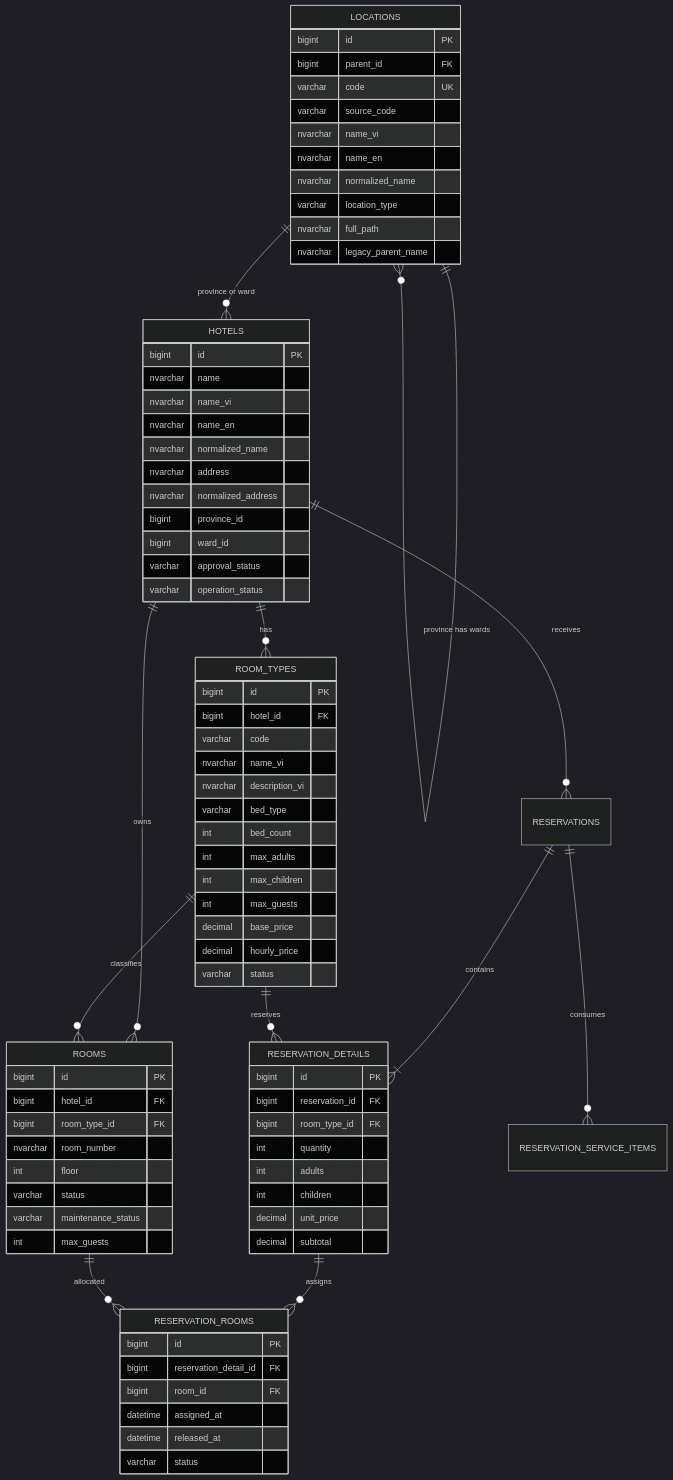
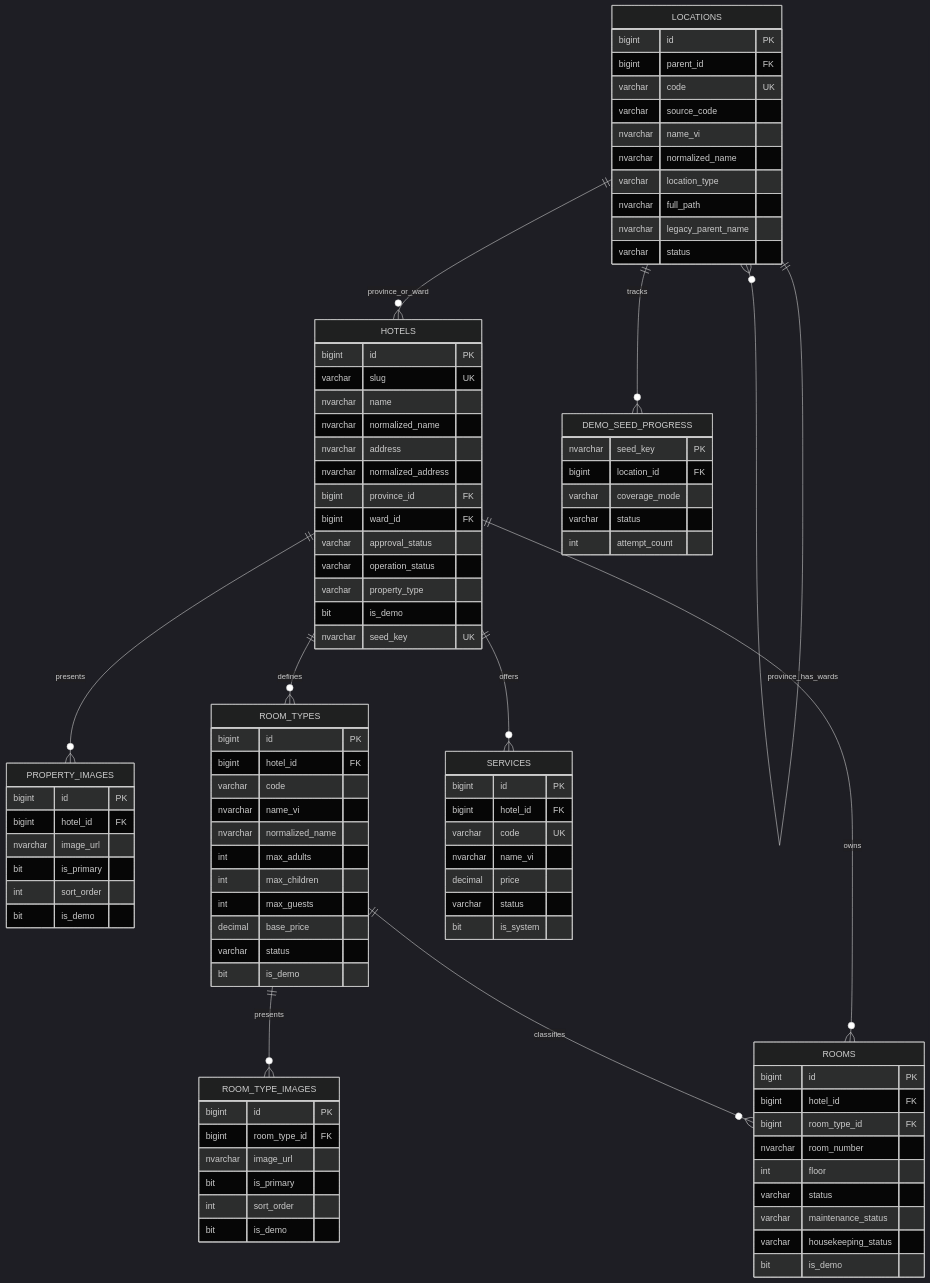
The second of 8 diagrams in docs/ERD.md (GinNgo/He-thong-quan-ly-khach-san), drawn with Mermaid (dark theme) before and after one commit. The commit also changed other lines of this file and 335 other files, not shown here.

Commit message:
docs: update documentation, architecture reports and specs

````diff
--- a/docs/ERD.md
+++ b/docs/ERD.md
@@ -329,56 +138,60 @@
 ```mermaid
 erDiagram
-    LOCATIONS ||--o{ LOCATIONS : "province has wards"
-    LOCATIONS ||--o{ HOTELS : "province or ward"
-    HOTELS ||--o{ ROOM_TYPES : has
-    HOTELS ||--o{ ROOMS : owns
-    ROOM_TYPES ||--o{ ROOMS : classifies
-    HOTELS ||--o{ RESERVATIONS : receives
-    RESERVATIONS ||--|{ RESERVATION_DETAILS : contains
-    ROOM_TYPES ||--o{ RESERVATION_DETAILS : reserves
-    RESERVATION_DETAILS ||--o{ RESERVATION_ROOMS : assigns
-    ROOMS ||--o{ RESERVATION_ROOMS : allocated
-    RESERVATIONS ||--o{ RESERVATION_SERVICE_ITEMS : consumes
-
     LOCATIONS {
         bigint id PK
         bigint parent_id FK
         varchar code UK
         varchar source_code
         nvarchar name_vi
-        nvarchar name_en
         nvarchar normalized_name
         varchar location_type
         nvarchar full_path
         nvarchar legacy_parent_name
+        varchar status
     }
     HOTELS {
         bigint id PK
+        varchar slug UK
         nvarchar name
-        nvarchar name_vi
-        nvarchar name_en
         nvarchar normalized_name
         nvarchar address
         nvarchar normalized_address
-        bigint province_id
-        bigint ward_id
+        bigint province_id FK
+        bigint ward_id FK
         varchar approval_status
         varchar operation_status
+        varchar property_type
+        bit is_demo
+        nvarchar seed_key UK
+    }
+    PROPERTY_IMAGES {
+        bigint id PK
+        bigint hotel_id FK
+        nvarchar image_url
+        bit is_primary
+        int sort_order
+        bit is_demo
     }
     ROOM_TYPES {
         bigint id PK
         bigint hotel_id FK
         varchar code
         nvarchar name_vi
-        nvarchar description_vi
-        varchar bed_type
-        int bed_count
+        nvarchar normalized_name
         int max_adults
         int max_children
         int max_guests
         decimal base_price
-        decimal hourly_price
         varchar status
+        bit is_demo
+    }
+    ROOM_TYPE_IMAGES {
+        bigint id PK
+        bigint room_type_id FK
+        nvarchar image_url
+        bit is_primary
+        int sort_order
+        bit is_demo
     }
     ROOMS {
         bigint id PK
@@ -388,24 +201,33 @@
         int floor
         varchar status
         varchar maintenance_status
-        int max_guests
+        varchar housekeeping_status
+        bit is_demo
     }
-    RESERVATION_DETAILS {
+    SERVICES {
         bigint id PK
-        bigint reservation_id FK
-        bigint room_type_id FK
-        int quantity
-        int adults
-        int children
-        decimal unit_price
-        decimal subtotal
+        bigint hotel_id FK
+        varchar code UK
+        nvarchar name_vi
+        decimal price
+        varchar status
+        bit is_system
     }
-    RESERVATION_ROOMS {
-        bigint id PK
-        bigint reservation_detail_id FK
-        bigint room_id FK
-        datetime assigned_at
-        datetime released_at
+    DEMO_SEED_PROGRESS {
+        nvarchar seed_key PK
+        bigint location_id FK
+        varchar coverage_mode
         varchar status
+        int attempt_count
     }
+
+    LOCATIONS ||--o{ LOCATIONS : province_has_wards
+    LOCATIONS ||--o{ HOTELS : province_or_ward
+    HOTELS ||--o{ PROPERTY_IMAGES : presents
+    HOTELS ||--o{ ROOM_TYPES : defines
+    HOTELS ||--o{ ROOMS : owns
+    ROOM_TYPES ||--o{ ROOM_TYPE_IMAGES : presents
+    ROOM_TYPES ||--o{ ROOMS : classifies
+    HOTELS ||--o{ SERVICES : offers
+    LOCATIONS ||--o{ DEMO_SEED_PROGRESS : tracks
 ```
````
